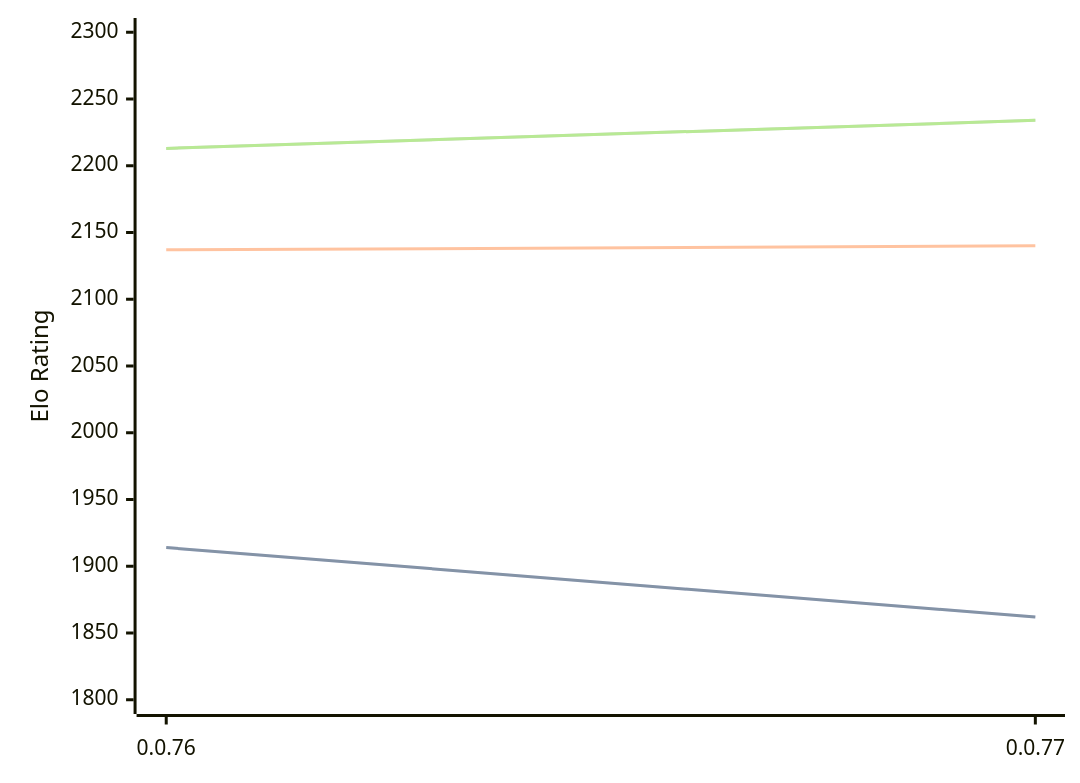
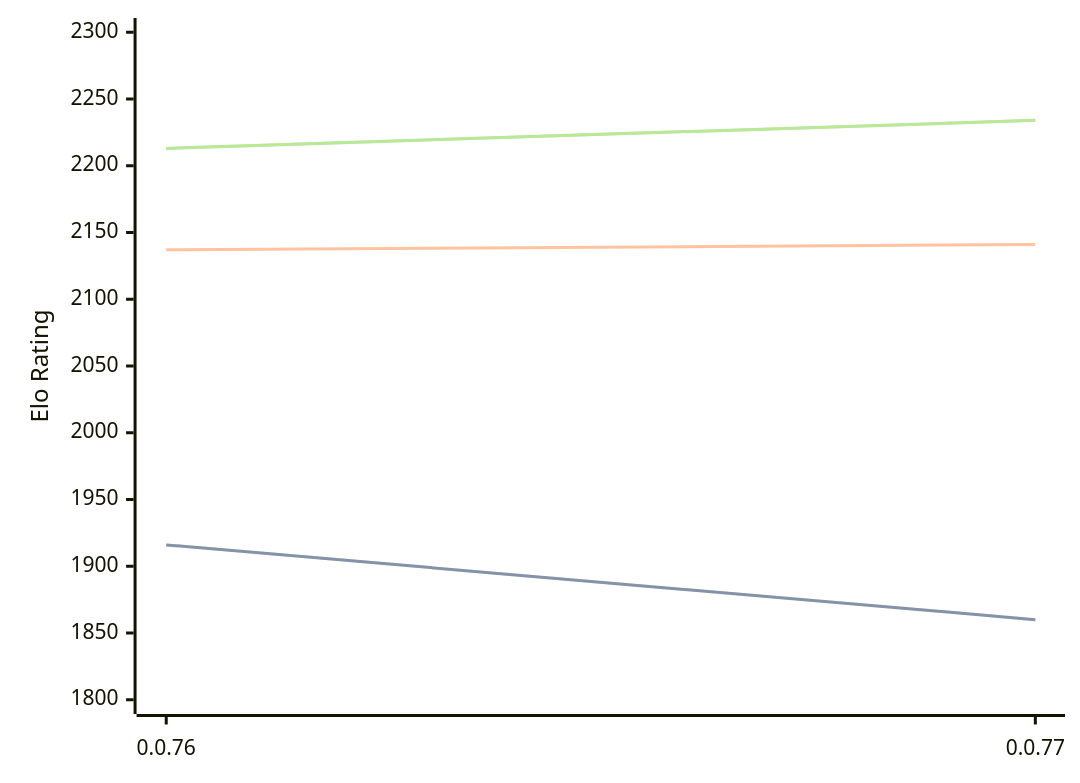
One commit to computer-chess-index/cci changed the diagram in engines/Fktb.md. Above: the diagram before and after it, drawn with Mermaid. The commit also changed other lines of this file, not shown here.

````diff
--- a/engines/Fktb.md
+++ b/engines/Fktb.md
@@ -32,11 +32,11 @@
 ```mermaid
 %%{init: {"theme":"base","themeVariables":{"seriesColors:['#a3a3a3','#222221','#faa371']}}}%%
 xychart-beta
   x-axis ["0.0.76", "0.0.77"]
   y-axis "Elo Rating" 1800 --> 2300
-  line "" [1914, 1862]
-  line "STC (8.0+0.08s)" [1914, 1862]
-  line "LTC (60.0+0.60s)" [2137, 2140]
+  line "" [1916, 1860]
+  line "STC (8.0+0.08s)" [1916, 1860]
+  line "LTC (60.0+0.60s)" [2137, 2141]
   line "" [2213, 2234]
   line "VLTC (2m24s+1.12s)" [2213, 2234]
 ```
````
